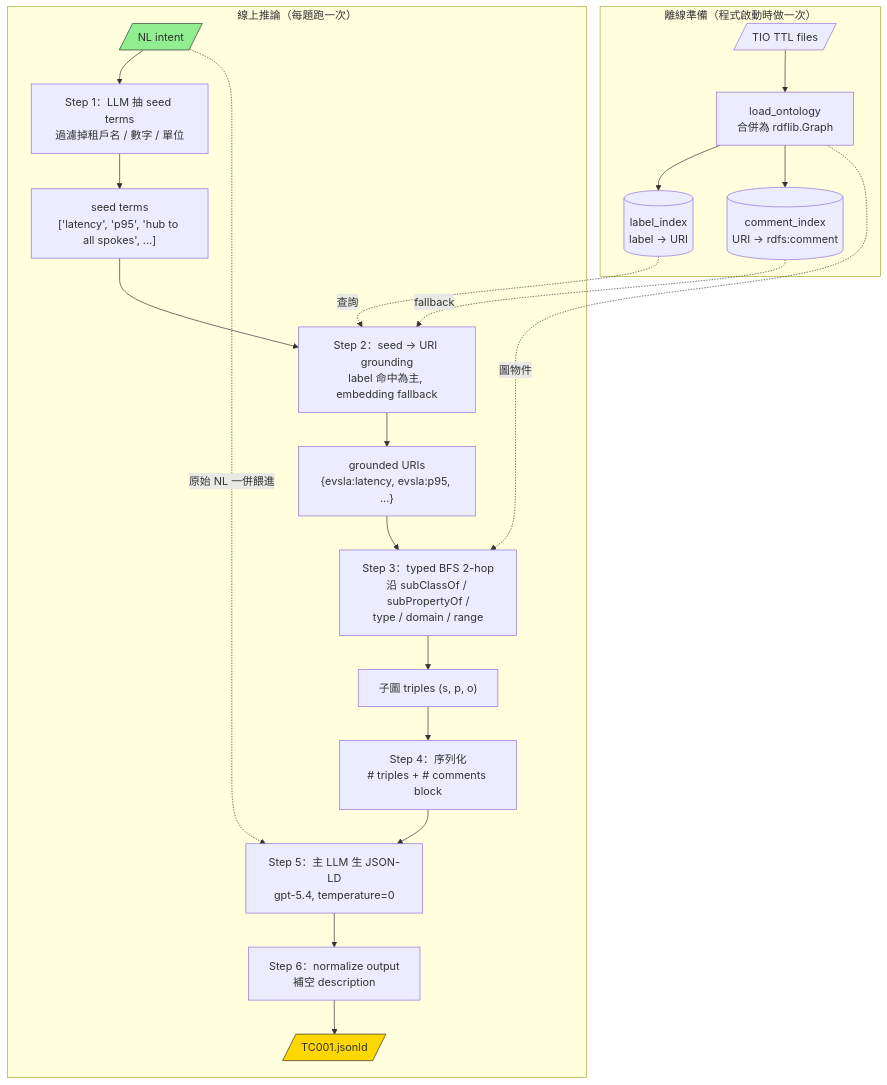
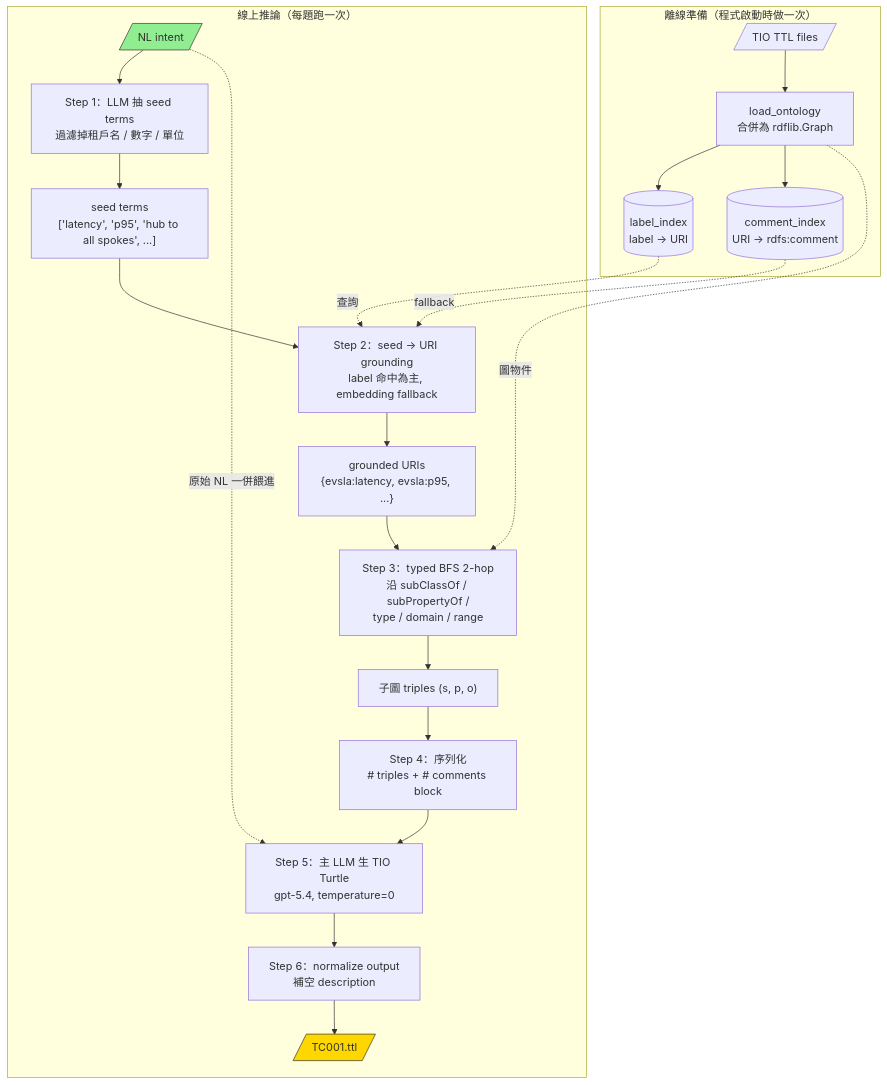
Before and after one commit to grantyehh/NL_Translate_TIO: the first of 3 diagrams in mechanism.md, drawn with Mermaid. The commit also changed other lines of this file and 5 other files, not shown here.

Commit message:
docs: update pipeline docs from JSON-LD to TIO Turtle output

````diff
--- a/mechanism.md
+++ b/mechanism.md
@@ -125,30 +125,30 @@
 ```mermaid
 flowchart TD
     subgraph Offline["離線準備（程式啟動時做一次）"]
         TTL[/"TIO TTL files"/] --> LoadG["load_ontology<br/>合併為 rdflib.Graph"]
         LoadG --> LabelIdx[("label_index<br/>label → URI")]
         LoadG --> CommentIdx[("comment_index<br/>URI → rdfs:comment")]
     end
 
     subgraph Online["線上推論（每題跑一次）"]
         NL[/"NL intent"/]
         NL --> S1["Step 1：LLM 抽 seed terms<br/>過濾掉租戶名 / 數字 / 單位"]
         S1 --> Seeds["seed terms<br/>['latency', 'p95', 'hub to all spokes', ...]"]
         Seeds --> S2["Step 2：seed → URI grounding<br/>label 命中為主, embedding fallback"]
         S2 --> Grounded["grounded URIs<br/>{evsla:latency, evsla:p95, ...}"]
         Grounded --> S3["Step 3：typed BFS 2-hop<br/>沿 subClassOf / subPropertyOf /<br/>type / domain / range"]
         S3 --> Triples["子圖 triples (s, p, o)"]
         Triples --> S4["Step 4：序列化<br/># triples + # comments block"]
-        S4 --> S5["Step 5：主 LLM 生 JSON-LD<br/>gpt-5.4, temperature=0"]
+        S4 --> S5["Step 5：主 LLM 生 TIO Turtle<br/>gpt-5.4, temperature=0"]
         S5 --> S6["Step 6：normalize output<br/>補空 description"]
-        S6 --> Out[/"TC001.jsonld"/]
+        S6 --> Out[/"TC001.ttl"/]
     end
 
     LabelIdx -. 查詢 .-> S2
     CommentIdx -. fallback .-> S2
     LoadG -. 圖物件 .-> S3
     NL -. 原始 NL 一併餵進 .-> S5
 
     style NL fill:#90EE90,stroke:#333
     style Out fill:#FFD700,stroke:#333
 ```
````
